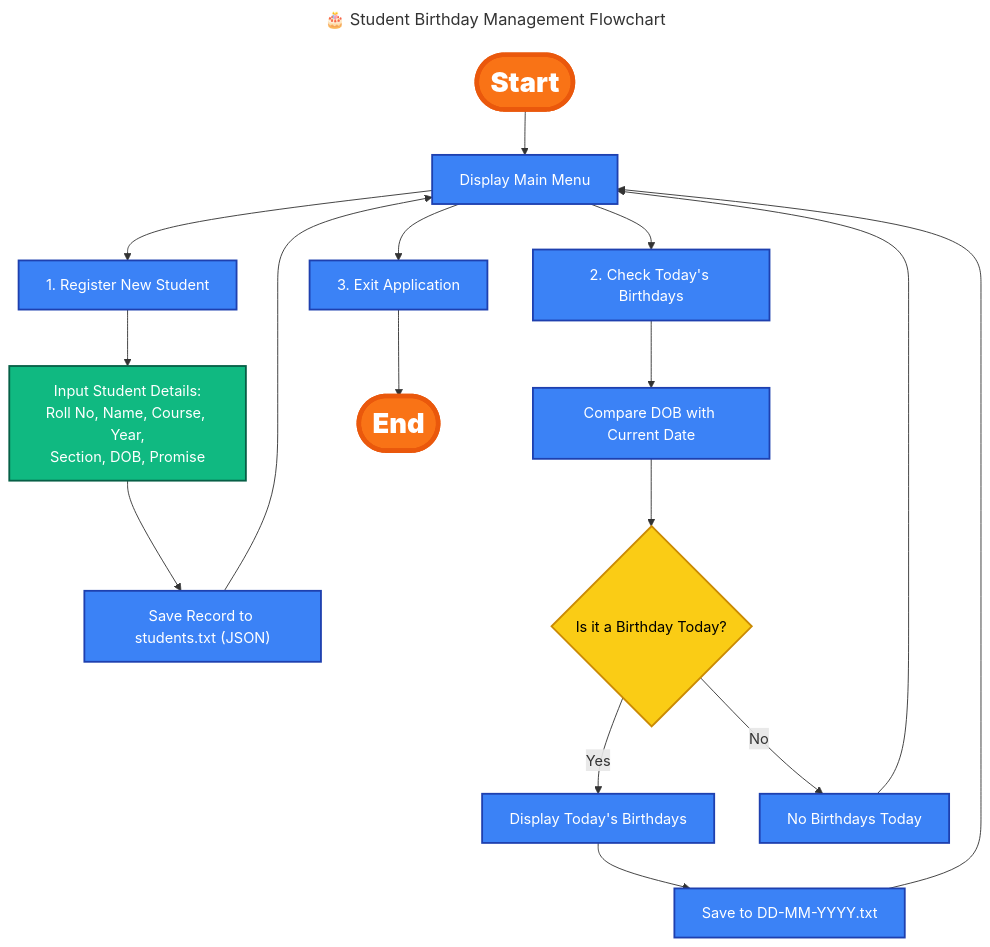
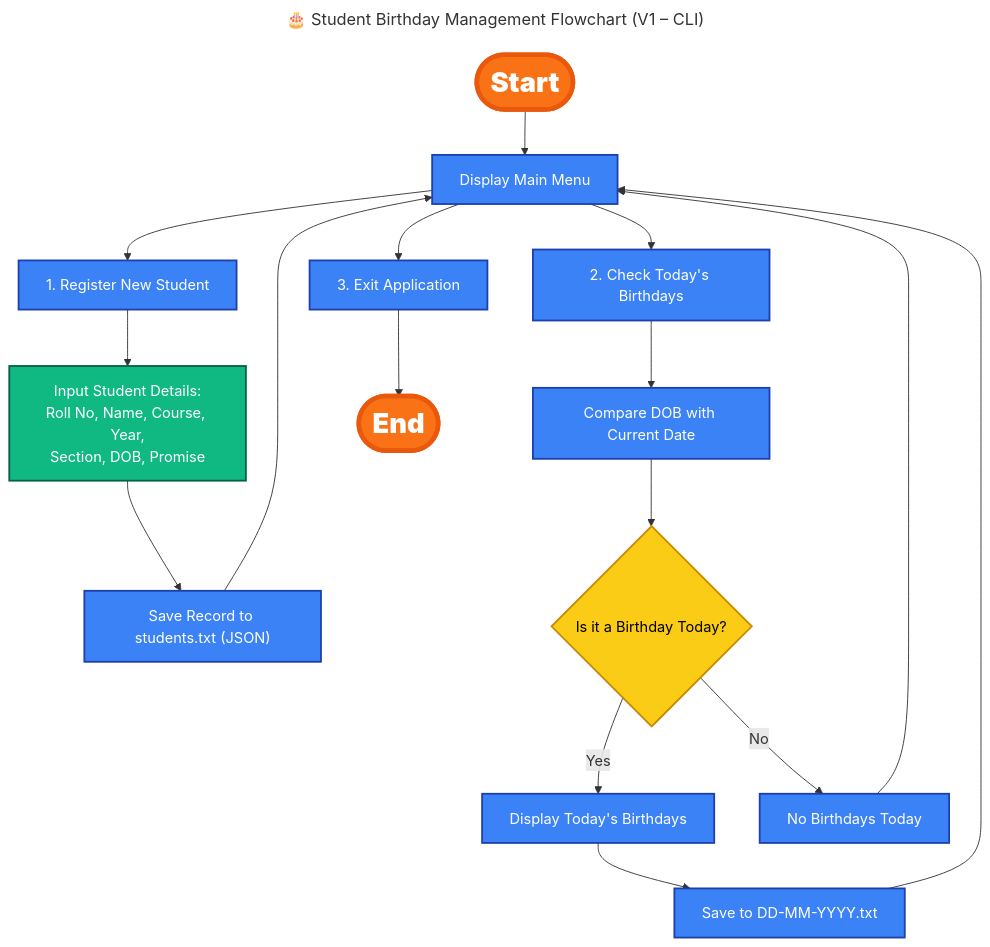
Before and after one commit to SekharUppuluri/student-birthday-management: the diagram in README.md, drawn with Mermaid. The commit also changed other lines of this file, not shown here.

````diff
--- a/README.md
+++ b/README.md
@@ -80,43 +52,43 @@
 ```mermaid
 ---
 config:
-title: 🎂 Student Birthday Management Flowchart
+title: 🎂 Student Birthday Management Flowchart (V1 – CLI)
 ---
 
 flowchart TD
     A(["Start"]) --> B["Display Main Menu"]
     B --> C["1. Register New Student"] & F["2. Check Today's Birthdays"] & L["3. Exit Application"]
     C --> D["Input Student Details:<br>Roll No, Name, Course, Year,<br>Section, DOB, Promise"]
     D --> E["Save Record to students.txt (JSON)"]
     E --> B
     F --> G["Compare DOB with Current Date"]
     G --> H{"Is it a Birthday Today?"}
     H -- Yes --> I["Display Today's Birthdays"]
     I --> K["Save to DD-MM-YYYY.txt"]
     K --> B
     H -- No --> J["No Birthdays Today"]
     J --> B
     L --> M(["End"])
 
     %% Node styles
     classDef bigEndStart fill:#f97316,stroke:#ea580c,stroke-width:5px,color:#fff,font-size:30px,font-family:Inter,Arial Black,sans-serif,font-weight:900
     classDef decision fill:#facc15,stroke:#ca8a04,stroke-width:2px,color:#000,font-family:Inter,sans-serif
     classDef inputNode fill:#10b981,stroke:#065f46,stroke-width:2px,color:#fff,font-family:Inter,sans-serif
     classDef process fill:#3b82f6, stroke:#1e40af, stroke-width:2px, color:#fff, font-family:Inter, sans-serif
 
     %% Apply styles
     A:::bigEndStart
     M:::bigEndStart
     B:::process
     C:::process
     F:::process
     L:::process
     D:::inputNode
     E:::process
     G:::process
     H:::decision
     I:::process
     K:::process
     J:::process
 
 ```
````
